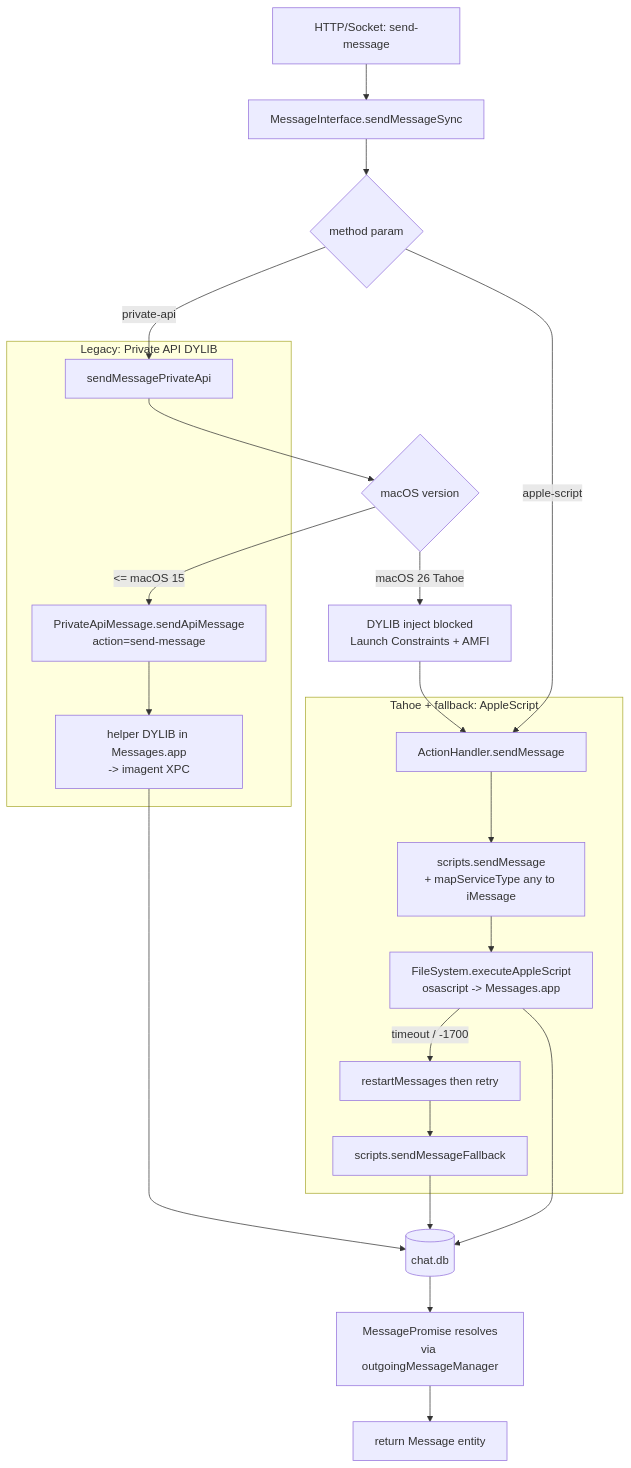
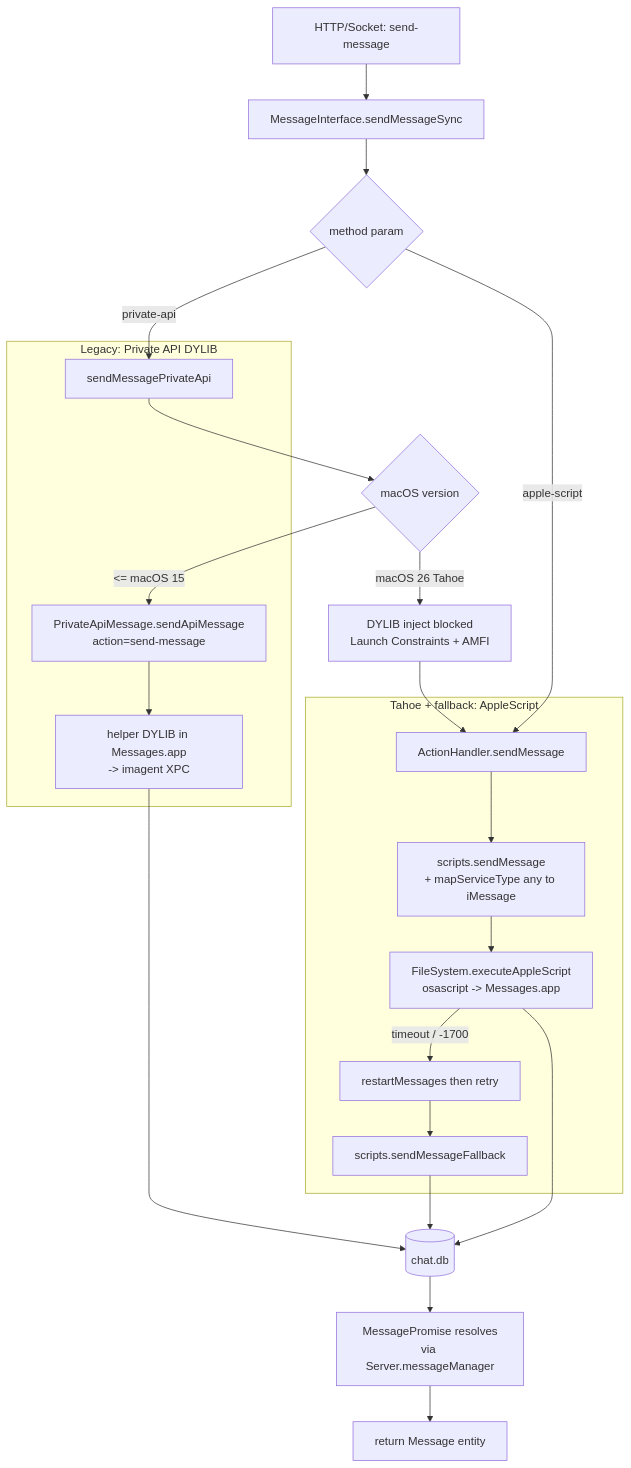
Before and after one commit to markthebest12/bluebubbles-server: the diagram in docs/architecture/imessage-send-flow.md, drawn with Mermaid. The commit also changed other lines of this file and 1 other file, not shown here.

First line of the commit message:
docs(architecture): apply review fixes (7 findings + 1 mermaid regression)

````diff
--- a/docs/architecture/imessage-send-flow.md
+++ b/docs/architecture/imessage-send-flow.md
@@ -11,34 +11,34 @@
 ```mermaid
 flowchart TD
     A[HTTP/Socket: send-message] --> B[MessageInterface.sendMessageSync]
     B --> C{method param}
     C -->|private-api| D[sendMessagePrivateApi]
     C -->|apple-script| E[ActionHandler.sendMessage]
     D --> F{macOS version}
     F -->|<= macOS 15| G[PrivateApiMessage.sendApiMessage<br/>action=send-message]
     F -->|macOS 26 Tahoe| X[DYLIB inject blocked<br/>Launch Constraints + AMFI]
     X --> E
     G --> H[helper DYLIB in Messages.app<br/>-> imagent XPC]
     H --> Z[(chat.db)]
     E --> I[scripts.sendMessage<br/>+ mapServiceType any to iMessage]
     I --> J[FileSystem.executeAppleScript<br/>osascript -> Messages.app]
     J -->|timeout / -1700| K[restartMessages then retry]
     K --> L[scripts.sendMessageFallback]
     J --> Z
     L --> Z
-    Z --> M[MessagePromise resolves<br/>via outgoingMessageManager]
+    Z --> M[MessagePromise resolves<br/>via Server.messageManager]
     M --> N[return Message entity]
 
     subgraph LegacyPrivateAPI[Legacy: Private API DYLIB]
         D
         G
         H
     end
     subgraph TahoeAppleScript[Tahoe + fallback: AppleScript]
         E
         I
         J
         K
         L
     end
 ```
````
